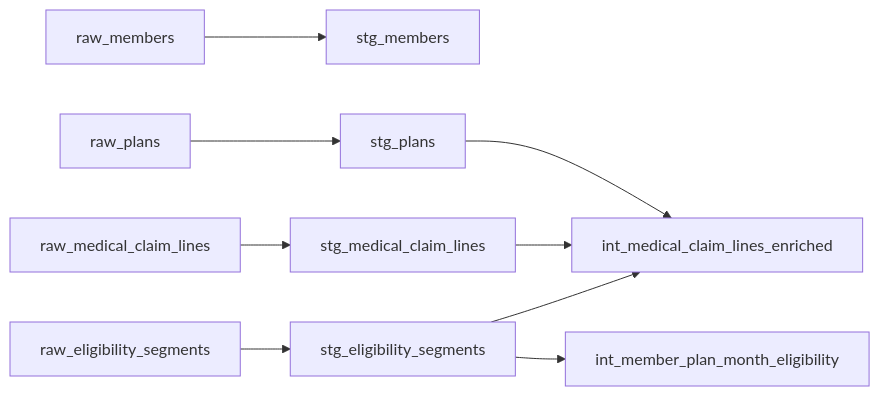
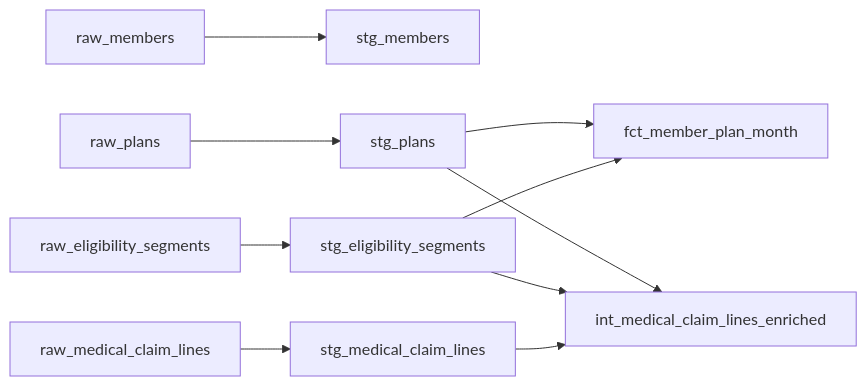
Before and after one commit to jkimdatadev/healthcare-claims-dbt: the diagram in README.md, drawn with Mermaid. The commit also changed other lines of this file and 10 other files, not shown here.

First line of the commit message:
Replace int_member_plan_month_eligibility with fct_member_plan_month

````diff
--- a/README.md
+++ b/README.md
@@ -25,11 +25,12 @@
 ```mermaid
 flowchart LR
     rm[raw_members] --> sm[stg_members]
     rp[raw_plans] --> sp[stg_plans]
     re[raw_eligibility_segments] --> se[stg_eligibility_segments]
     rc[raw_medical_claim_lines] --> sc[stg_medical_claim_lines]
-    se --> ime[int_member_plan_month_eligibility]
+    se --> fmpm[fct_member_plan_month]
+    sp --> fmpm
     sc --> icl[int_medical_claim_lines_enriched]
     se --> icl
     sp --> icl
 ```
````
